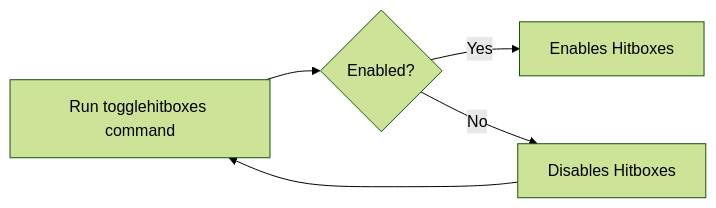
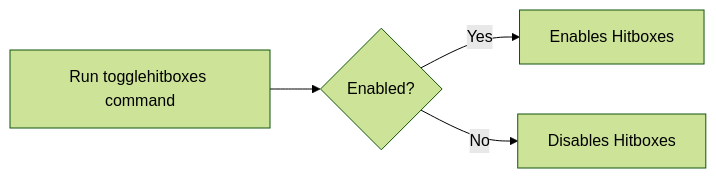
The diagram in README.md (coldfleris/DebugInCommands), drawn with Mermaid (forest theme) before and after one commit.

Commit message:
fix README.md again...

````diff
--- a/README.md
+++ b/README.md
@@ -19,7 +19,6 @@
 ```mermaid
 graph LR
     A[Run togglehitboxes command] --> B{Enabled?}
     B -- Yes --> C[Enables Hitboxes]
     B -- No --> D[Disables Hitboxes]
-    D --> A
 ```
````
